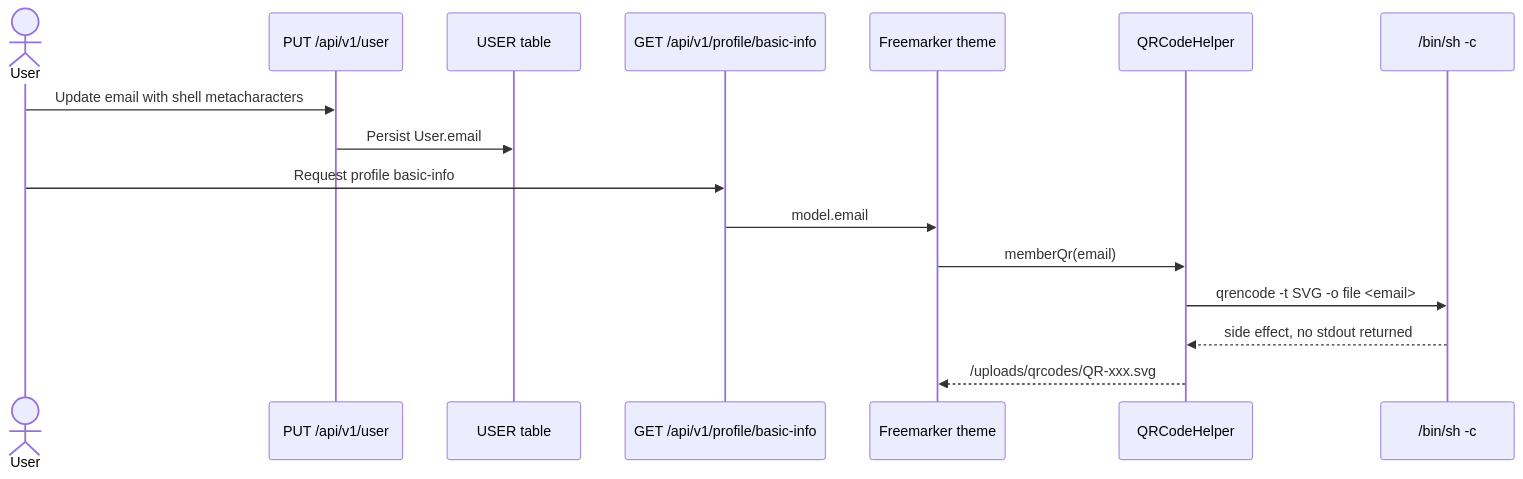
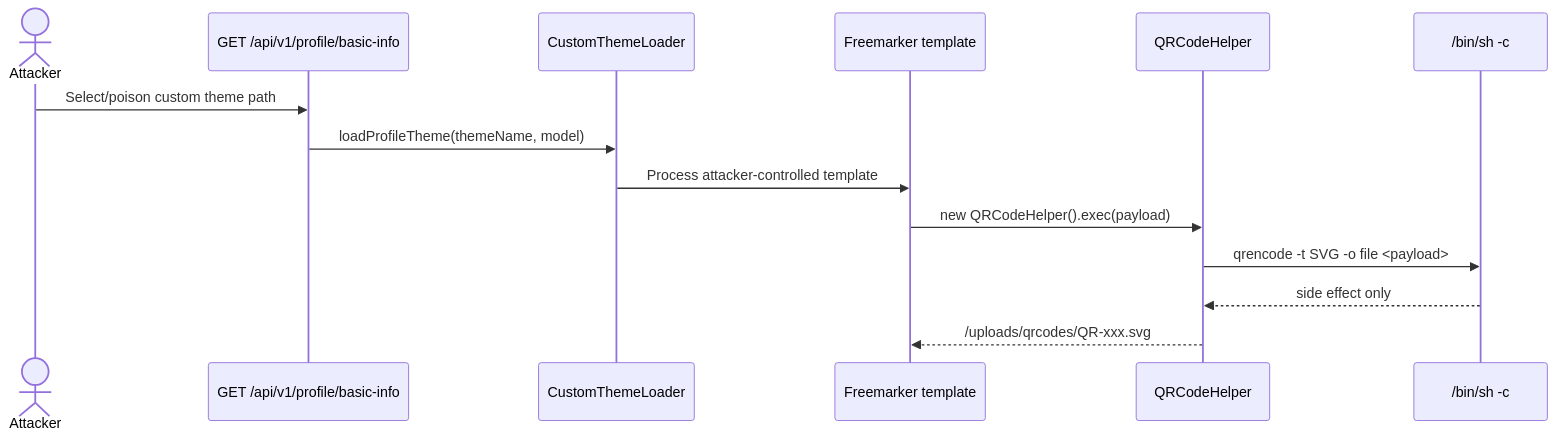
Before and after one commit to tr1la/WebLab_KTVAirline: diagram 16 of 17 in Report/Weblab All Vulnerabilities.md, drawn with Mermaid. The commit also changed other lines of this file and 3 other files, not shown here.

````diff
--- a/Report/Weblab All Vulnerabilities.md
+++ b/Report/Weblab All Vulnerabilities.md
@@ -2279,19 +2327,17 @@
 ```mermaid
 sequenceDiagram
-    actor User
-    participant UserAPI as PUT /api/v1/user
-    participant DB as USER table
-    participant ProfileAPI as GET /api/v1/profile/basic-info
-    participant Template as Freemarker theme
+    actor Attacker
+    participant Profile as GET /api/v1/profile/basic-info
+    participant Loader as CustomThemeLoader
+    participant FTL as Freemarker template
     participant QR as QRCodeHelper
     participant Shell as /bin/sh -c
 
-    User->>UserAPI: Update email with shell metacharacters
-    UserAPI->>DB: Persist User.email
-    User->>ProfileAPI: Request profile basic-info
-    ProfileAPI->>Template: model.email
-    Template->>QR: memberQr(email)
-    QR->>Shell: qrencode -t SVG -o file <email>
-    Shell-->>QR: side effect, no stdout returned
-    QR-->>Template: /uploads/qrcodes/QR-xxx.svg
+    Attacker->>Profile: Select/poison custom theme path
+    Profile->>Loader: loadProfileTheme(themeName, model)
+    Loader->>FTL: Process attacker-controlled template
+    FTL->>QR: new QRCodeHelper().exec(payload)
+    QR->>Shell: qrencode -t SVG -o file <payload>
+    Shell-->>QR: side effect only
+    QR-->>FTL: /uploads/qrcodes/QR-xxx.svg
 ```
````
